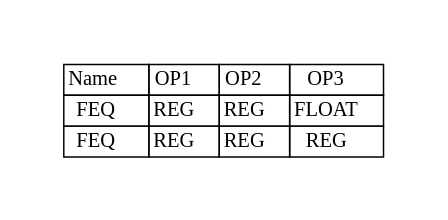
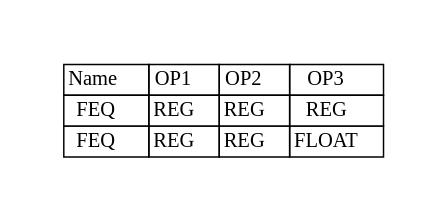
One commit to adesutherland/CREXX changed the diagram in docs/books/crexx_vm_spec/svg/feq.gv. Above: the diagram before and after it, drawn with Graphviz. The commit also changed other lines of this file and 167 other files, not shown here.

```diff
--- a/docs/books/crexx_vm_spec/svg/feq.gv
+++ b/docs/books/crexx_vm_spec/svg/feq.gv
@@ -1,10 +1,10 @@
 digraph{
 graph [pad="0.5", nodesep="0.5", ranksep="2" ]
 node [shape=plain]
 Foo [label=<
 <table border="0" cellborder="1" cellspacing="0">
 <tr><td> Name </td> <td> OP1 </td><td> OP2 </td><td> OP3 </td> </tr>
+<tr><td> FEQ </td><td> REG </td><td> REG </td><td> REG </td> </tr>
 <tr><td> FEQ </td><td> REG </td><td> REG </td><td> FLOAT </td> </tr>
-<tr><td> FEQ </td><td> REG </td><td> REG </td><td> REG </td> </tr>
 </table>>];
 }
```
